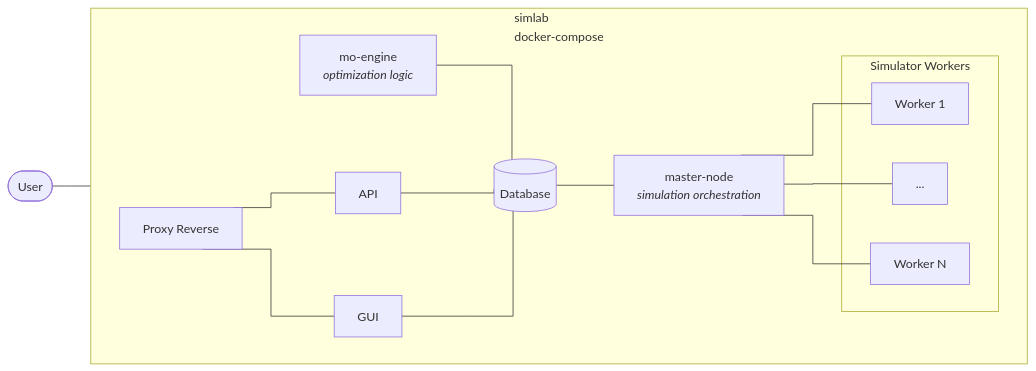
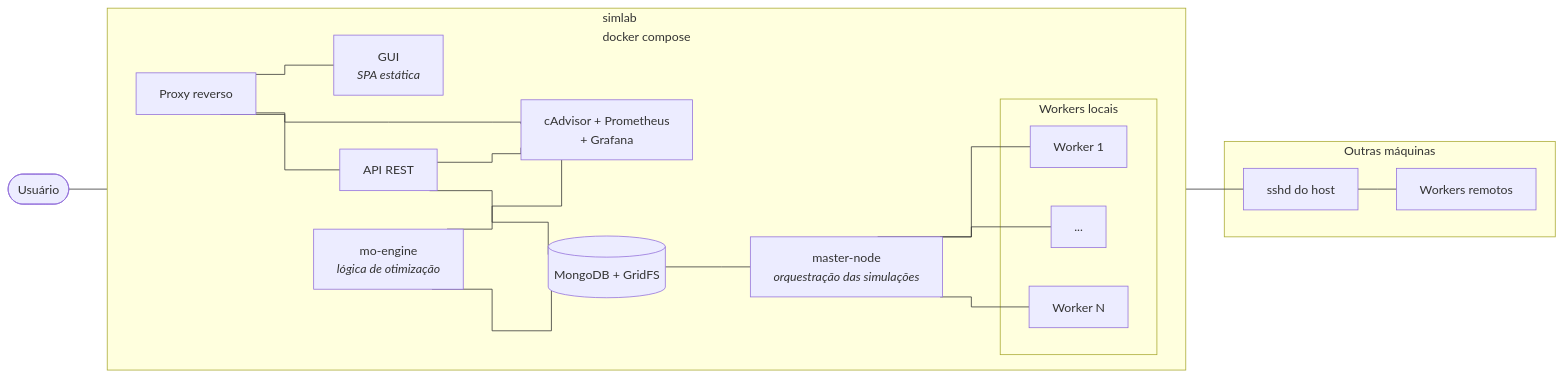
One commit to JunioCesarFerreira/simlab changed the first of 2 diagrams in README_pt.md. Above: the diagram before and after it, drawn with Mermaid. The commit also changed other lines of this file and 71 other files, not shown here.

````diff
--- a/README_pt.md
+++ b/README_pt.md
@@ -66,36 +47,39 @@
 ```mermaid
 %%{init: {"flowchart": {"curve": "stepAfter"}}}%%
 flowchart LR
-    user([User])
-    subgraph SIMLAB["simlab<br/>docker-compose"]
+    user([Usuário])
+    subgraph SIMLAB["simlab<br/>docker compose"]
         direction LR
-        mo["mo-engine<br/><i>optimization logic</i>"]
-        db[(Database)]
-        api["API"]
-        gui["GUI"]
-        proxy["Proxy Reverse"]
-        master["master-node<br/><i>simulation orchestration</i>"]
-        subgraph workers["Simulator Workers<br/>"]
+        proxy["Proxy reverso"]
+        gui["GUI<br/><i>SPA estática</i>"]
+        api["API REST"]
+        db[(MongoDB + GridFS)]
+        mo["mo-engine<br/><i>lógica de otimização</i>"]
+        master["master-node<br/><i>orquestração das simulações</i>"]
+        monitor["cAdvisor + Prometheus<br/>+ Grafana"]
+        subgraph workers["Workers locais"]
             w1["Worker 1"]
             w2["..."]
             w3["Worker N"]
         end
     end
+    subgraph remote["Outras máquinas"]
+        host["sshd do host"]
+        r1["Workers remotos"]
+    end
 
     user --- proxy
-
+    proxy --- gui
+    proxy --- api
+    proxy --- monitor
+    api --- db
+    api --- monitor
     mo --- db
-
-    proxy --- api
-    proxy --- gui
-
-    api --- db
-    gui --- db
-
-
+    mo --- monitor
     db --- master
-
     master --- w1
     master --- w2
     master --- w3
+    master --- host
+    host --- r1
 ```
````
